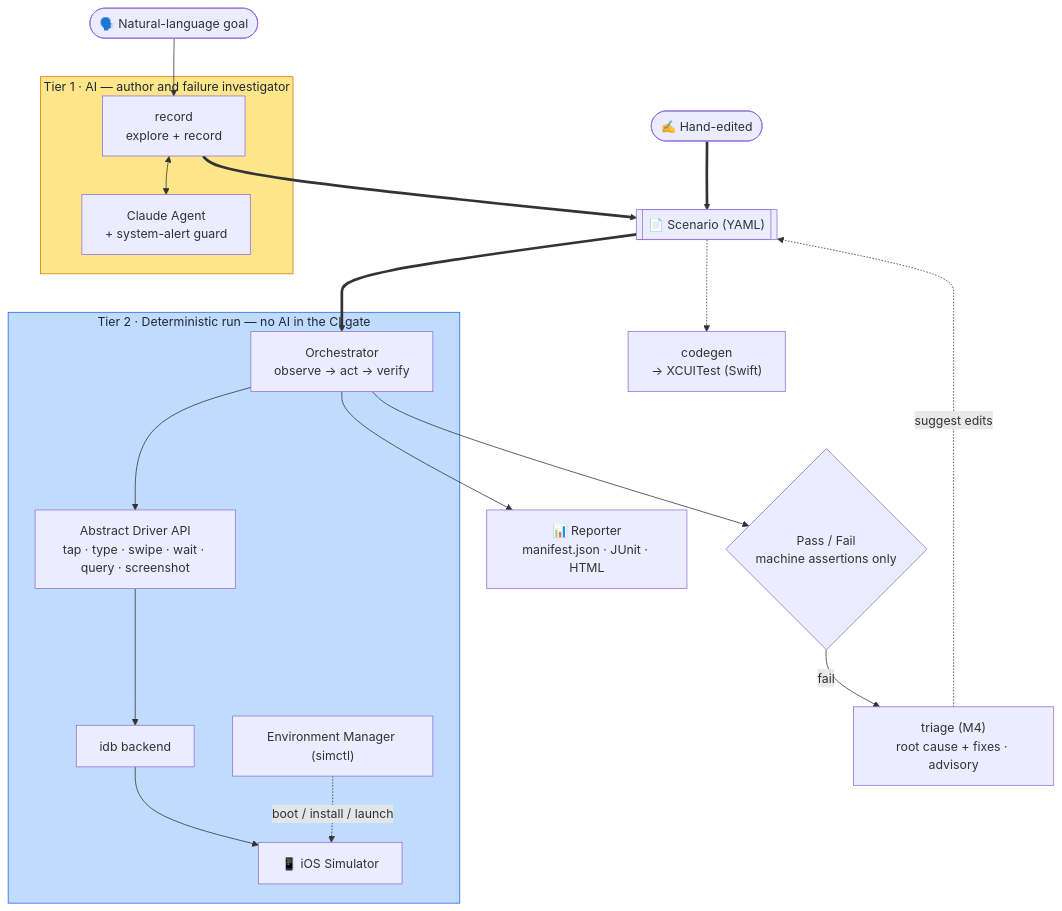
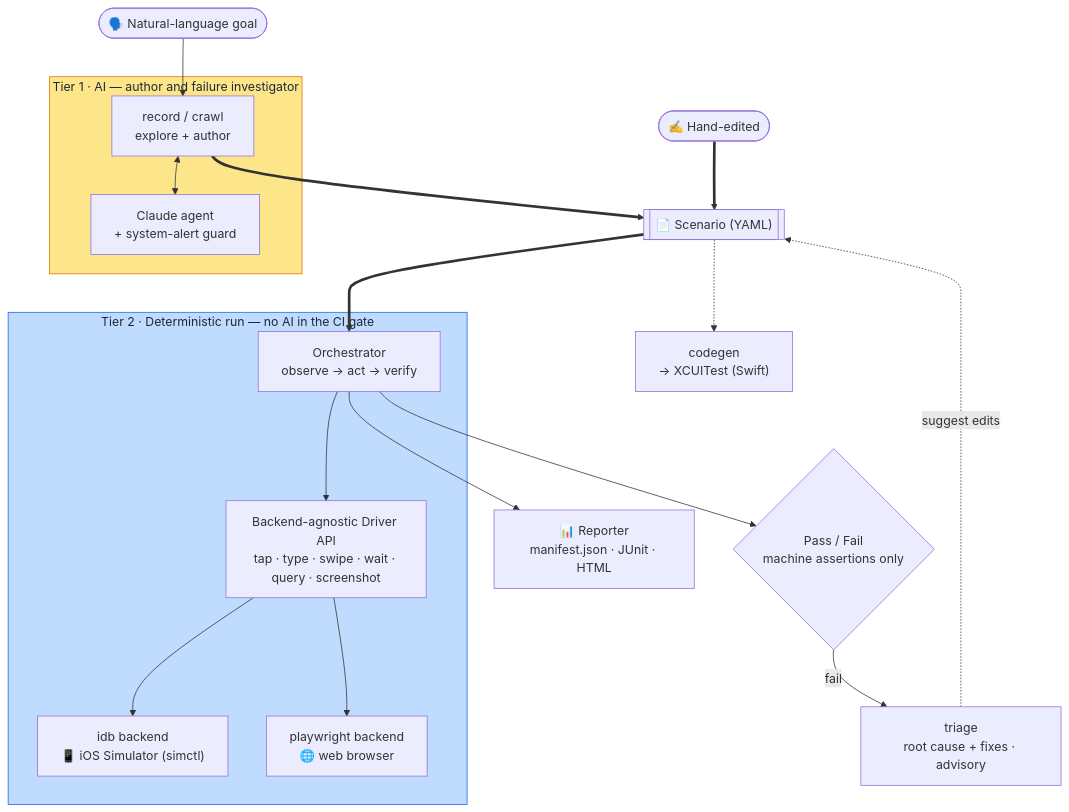
The diagram in README.md (bajutsu-e2e/bajutsu), drawn with Mermaid before and after one commit. The commit also changed other lines of this file and 34 other files, not shown here.

````diff
--- a/README.md
+++ b/README.md
@@ -54,42 +66,42 @@
 ```mermaid
 flowchart TB
     goal(["🗣️ Natural-language goal"])
     hand(["✍️ Hand-edited"])
     scenario[["📄 Scenario (YAML)"]]
 
     subgraph tier1["Tier 1 · AI — author and failure investigator"]
-        record["record<br/>explore + record"]
-        agent["Claude Agent<br/>+ system-alert guard"]
+        record["record / crawl<br/>explore + author"]
+        agent["Claude agent<br/>+ system-alert guard"]
         record <--> agent
     end
 
     subgraph tier2["Tier 2 · Deterministic run — no AI in the CI gate"]
         orch["Orchestrator<br/>observe → act → verify"]
-        driver["Abstract Driver API<br/>tap · type · swipe · wait · query · screenshot"]
-        idb["idb backend"]
-        sim["📱 iOS Simulator"]
-        env["Environment Manager (simctl)"]
-        orch --> driver --> idb --> sim
-        env -.->|boot / install / launch| sim
+        driver["Backend-agnostic Driver API<br/>tap · type · swipe · wait · query · screenshot"]
+        idb["idb backend<br/>📱 iOS Simulator (simctl)"]
+        pw["playwright backend<br/>🌐 web browser"]
+        orch --> driver
+        driver --> idb
+        driver --> pw
     end
 
     verdict{"Pass / Fail<br/>machine assertions only"}
     report["📊 Reporter<br/>manifest.json · JUnit · HTML"]
     codegen["codegen<br/>→ XCUITest (Swift)"]
-    triage["triage (M4)<br/>root cause + fixes · advisory"]
+    triage["triage<br/>root cause + fixes · advisory"]
 
     goal --> record
     record ==> scenario
     hand ==> scenario
     scenario ==> orch
     scenario -.-> codegen
     orch --> verdict
     orch --> report
     verdict -->|fail| triage
     triage -.->|suggest edits| scenario
 
     classDef ai fill:#fde68a,stroke:#d97706,color:#1f2937;
     classDef det fill:#bfdbfe,stroke:#2563eb,color:#1f2937;
     class tier1 ai
     class tier2 det
 ```
````
